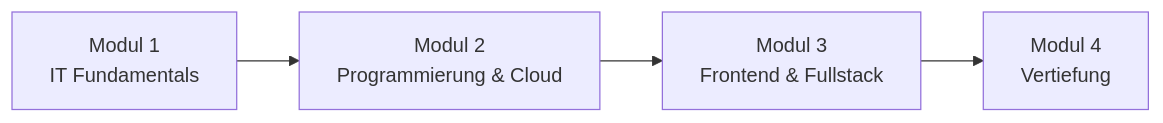
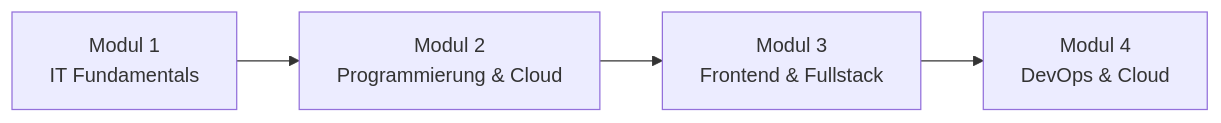
The diagram in docs/index.md (JacobMenge/kurs-25-06), drawn with Mermaid before and after one commit. The commit also changed other lines of this file, not shown here.

````diff
--- a/docs/index.md
+++ b/docs/index.md
@@ -14,6 +14,6 @@
 ```mermaid
 flowchart LR
     A[Modul 1<br>IT Fundamentals] --> B[Modul 2<br>Programmierung & Cloud]
     B --> C[Modul 3<br>Frontend & Fullstack]
-    C --> D[Modul 4<br>Vertiefung]
+    C --> D[Modul 4<br>DevOps & Cloud]
 ```
````
